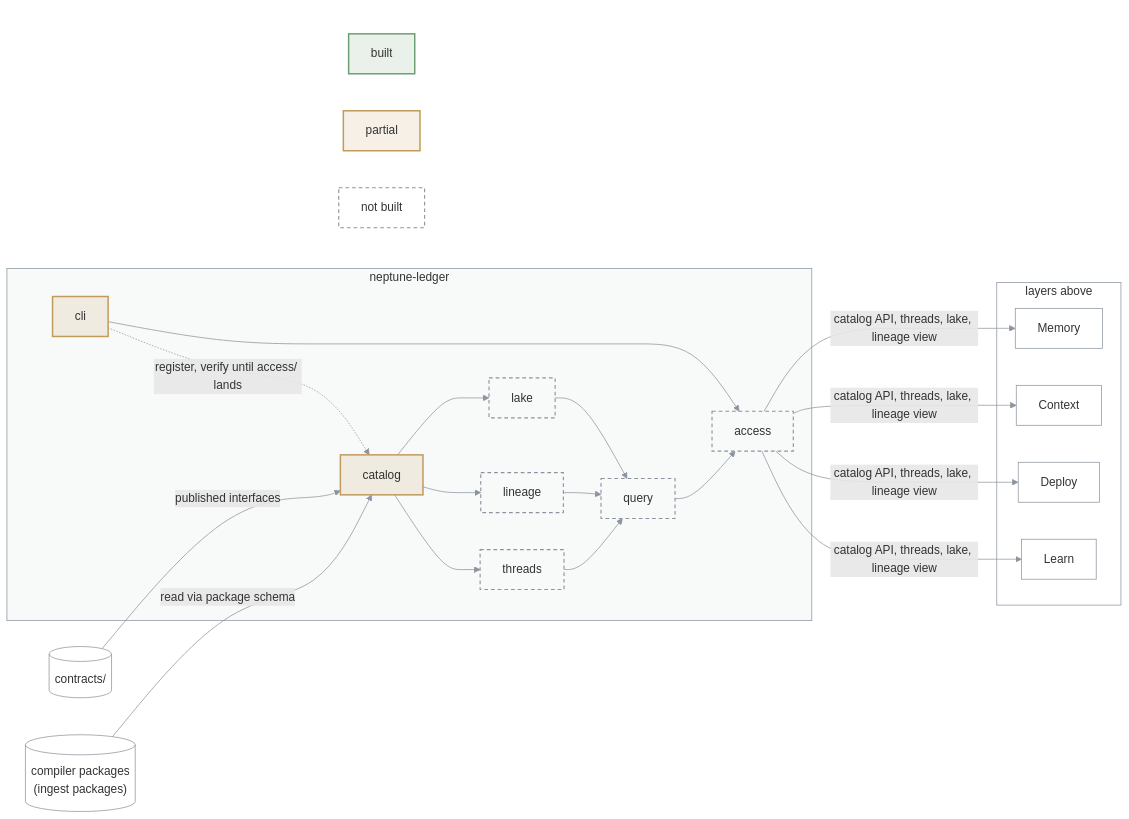
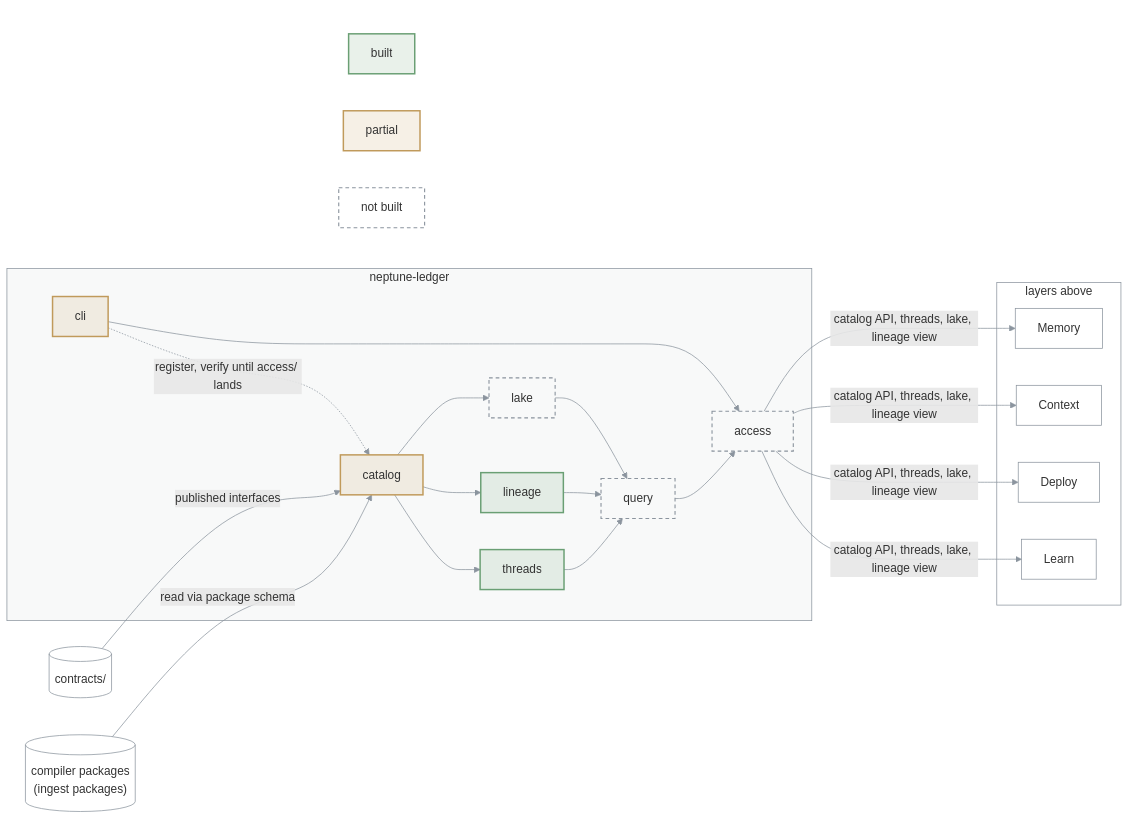
One commit to bennytay/neptune changed the diagram in packages/neptune-ledger/ARCHITECTURE.md. Above: the diagram before and after it, drawn with Mermaid. The commit also changed 3 other files, not shown here.

````diff
--- a/packages/neptune-ledger/ARCHITECTURE.md
+++ b/packages/neptune-ledger/ARCHITECTURE.md
@@ -3,55 +3,55 @@
 ```mermaid
 flowchart LR
   PKG[("compiler packages<br/>(ingest packages)")]
   CON[("contracts/")]
 
   subgraph L["neptune-ledger"]
     CAT["catalog"]
     THR["threads"]
     LIN["lineage"]
     LAKE["lake"]
     QRY["query"]
     ACC["access"]
     CLI["cli"]
   end
 
   subgraph UP["layers above"]
     MEM["Memory"]
     CTX["Context"]
     DEP["Deploy"]
     LRN["Learn"]
   end
 
   PKG -->|read via package schema| CAT
   CON -->|published interfaces| CAT
   CAT --> THR
   CAT --> LIN
   CAT --> LAKE
   THR --> QRY
   LIN --> QRY
   LAKE --> QRY
   QRY --> ACC
   ACC -->|catalog API, threads, lake, lineage view| MEM & CTX & DEP & LRN
   CLI --> ACC
   CLI -.->|register, verify until access/ lands| CAT
 
   subgraph KEY[" "]
     K1["built"]
     K2["partial"]
     K3["not built"]
   end
   CLI ~~~ K1 & K2 & K3
 
   classDef built fill:#6a9f7426,stroke:#6a9f74,stroke-width:2px
   classDef partial fill:#c09a5b26,stroke:#c09a5b,stroke-width:2px
   classDef todo fill:none,stroke:#8b949e,stroke-width:1.5px,stroke-dasharray:5 4
   classDef ext fill:none,stroke:#8b949e,stroke-width:1px
-  class K1 built
+  class THR,LIN,K1 built
   class CAT,CLI,K2 partial
-  class THR,LIN,LAKE,QRY,ACC,K3 todo
+  class LAKE,QRY,ACC,K3 todo
   class PKG,CON,MEM,CTX,DEP,LRN ext
   style L fill:#8b949e0f,stroke:#8b949e
   style UP fill:none,stroke:#8b949e
   style KEY fill:none,stroke:none
   linkStyle default stroke:#8b949e
 ```
````
